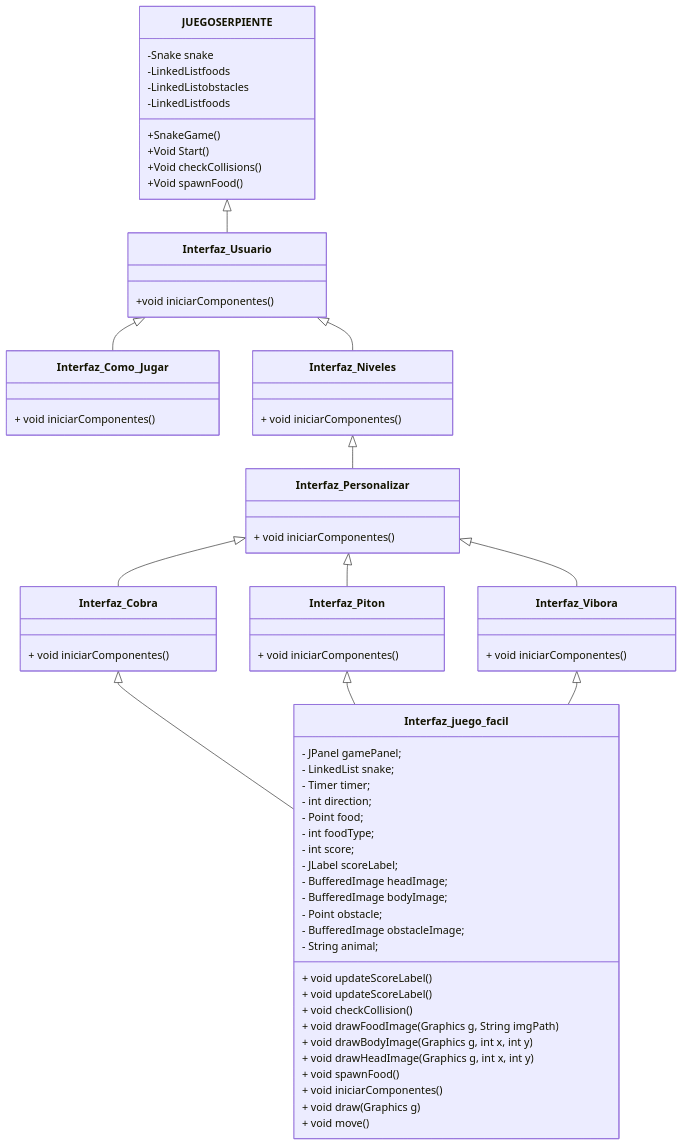
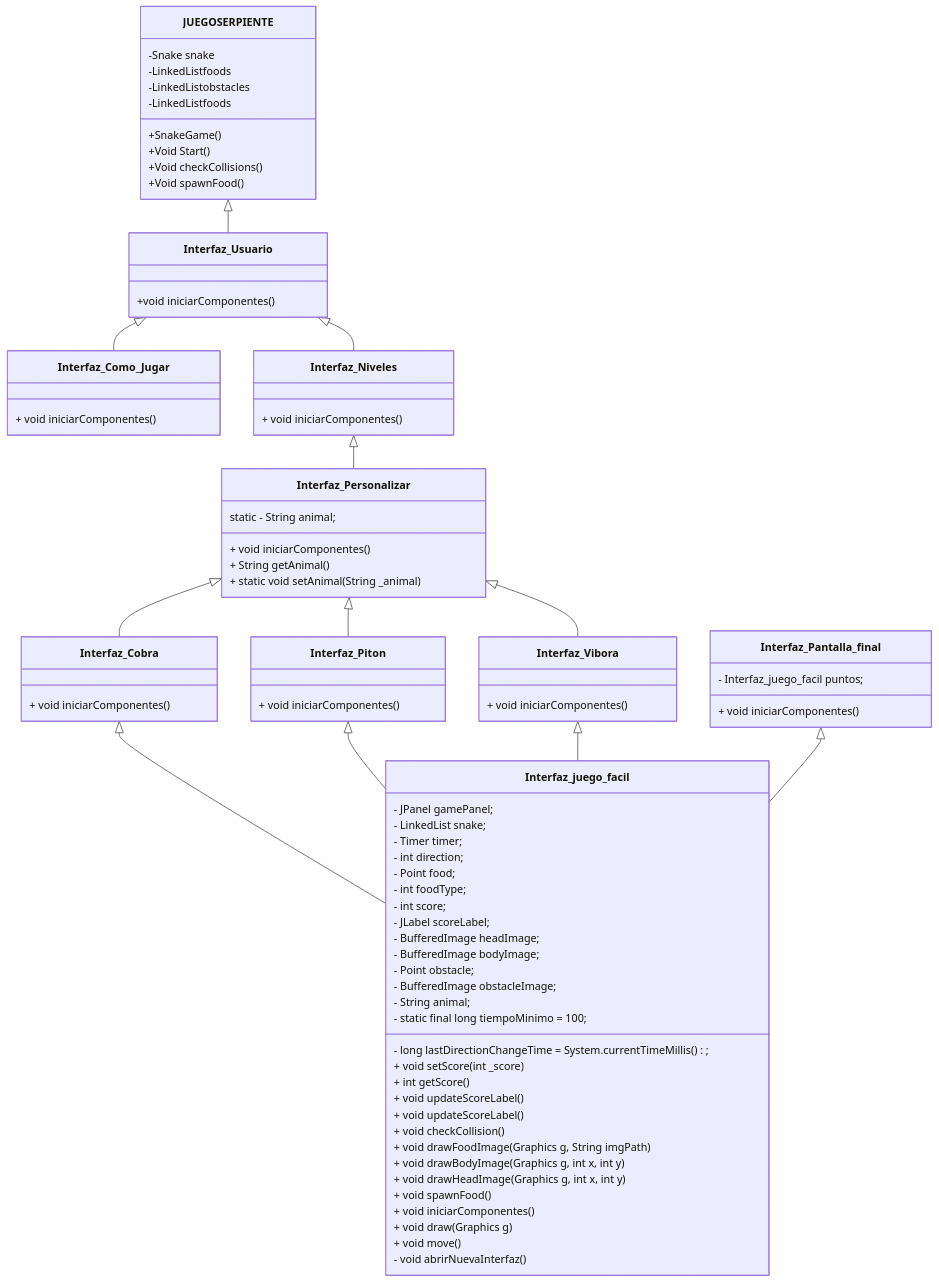
Before and after one commit to amingom/Juego-SnakeChallenge: the diagram in README.md, drawn with Mermaid.

````diff
--- a/README.md
+++ b/README.md
@@ -39,7 +39,7 @@
     Interfaz_Personalizar <|-- Interfaz_Cobra
     Interfaz_Personalizar <|-- Interfaz_Piton
     Interfaz_Personalizar <|-- Interfaz_Vibora
-
+    Interfaz_Pantalla_final <|-- Interfaz_juego_facil
 
     JUEGOSERPIENTE : -Snake snake
     JUEGOSERPIENTE : -LinkedList<Food>foods
@@ -76,7 +76,11 @@
 	- Point obstacle;
 	- BufferedImage obstacleImage;
 	- String animal;
+    - long lastDirectionChangeTime = System.currentTimeMillis(); 
+	- static final long tiempoMinimo = 100;
 
+    + void setScore(int _score)
+    + int getScore()
     + void updateScoreLabel()
     + void updateScoreLabel()
     + void checkCollision()
@@ -87,6 +91,7 @@
     + void iniciarComponentes()
     + void draw(Graphics g)
     + void move()
+    - void abrirNuevaInterfaz()
 
 
     }
@@ -96,7 +101,11 @@
     }
 
     class Interfaz_Personalizar{
+        static - String animal;
+
        + void iniciarComponentes()
+       + String getAnimal()
+       + static void setAnimal(String _animal)
     }
 
      class Interfaz_Cobra{
@@ -111,6 +120,11 @@
         + void iniciarComponentes()
      }
 
+     class Interfaz_Pantalla_final{
+        - Interfaz_juego_facil puntos;
 
 
+        + void iniciarComponentes()
+     }
+
 ```
````
